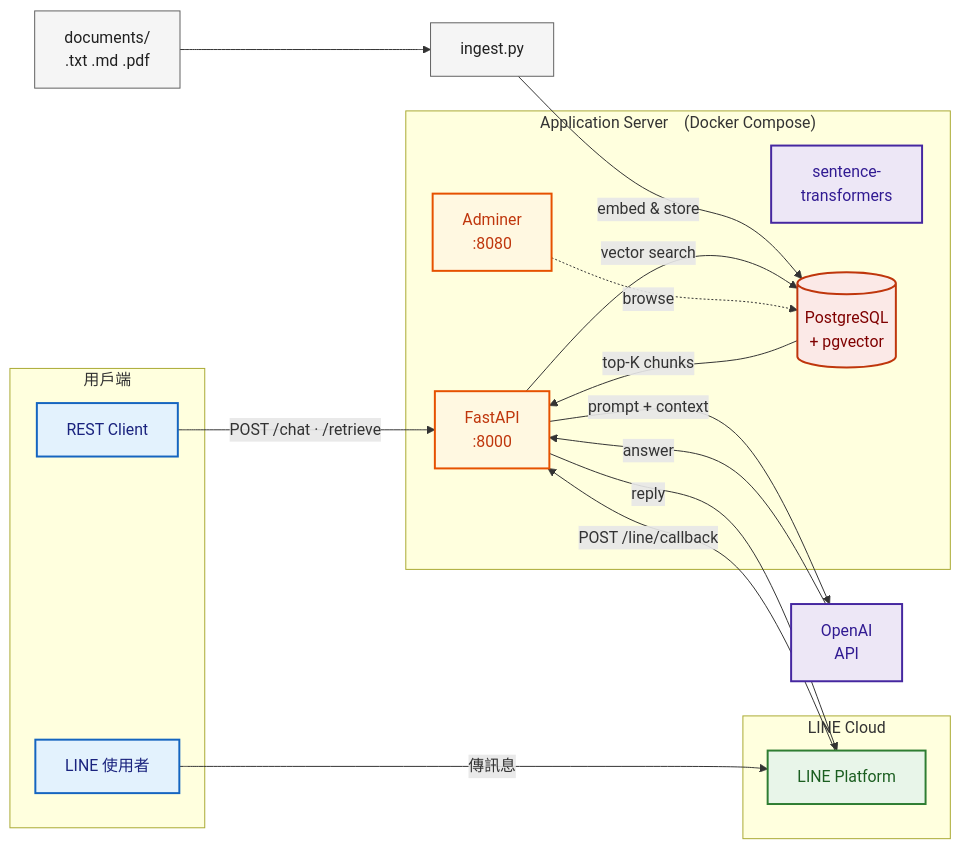
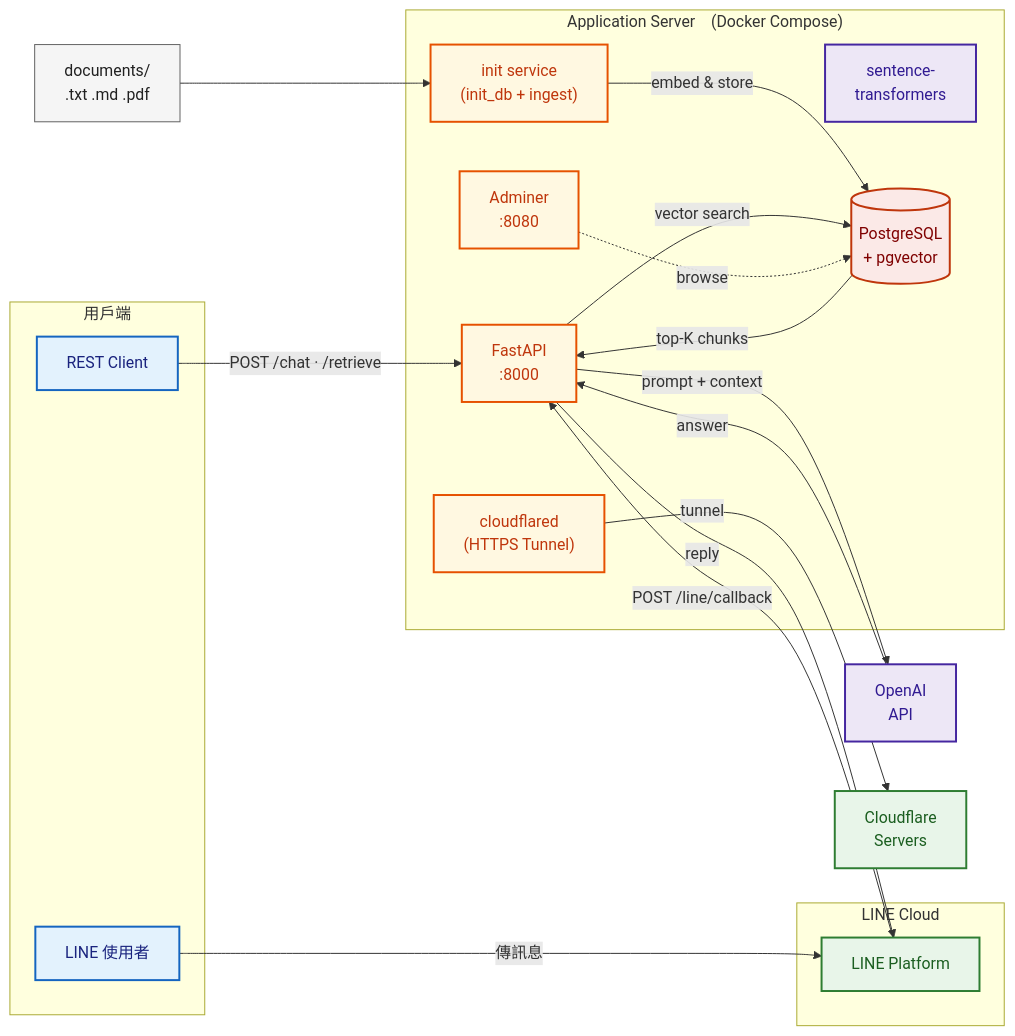
Before and after one commit to f422661/openai_chatbot: the diagram in README.md, drawn with Mermaid. The commit also changed other lines of this file and 2 other files, not shown here.

First line of the commit message:
Add Cloudflare Tunnel, init service, and update README

````diff
--- a/README.md
+++ b/README.md
@@ -7,42 +7,46 @@
 ```mermaid
 graph LR
     classDef userNode fill:#E3F2FD,stroke:#1565C0,stroke-width:2px,color:#1A237E
     classDef lineNode fill:#E8F5E9,stroke:#2E7D32,stroke-width:2px,color:#1B5E20
     classDef appNode  fill:#FFF8E1,stroke:#E65100,stroke-width:2px,color:#BF360C
     classDef dbNode   fill:#FBE9E7,stroke:#BF360C,stroke-width:2px,color:#7F0000
     classDef mlNode   fill:#EDE7F6,stroke:#4527A0,stroke-width:2px,color:#311B92
     classDef fileNode fill:#F5F5F5,stroke:#616161,stroke-width:1px,color:#212121
 
     subgraph ClientZone["用戶端"]
         U["REST Client"]:::userNode
         LU["LINE 使用者"]:::userNode
     end
 
     subgraph LineZone["LINE Cloud"]
         LP["LINE Platform"]:::lineNode
     end
 
     subgraph ServerZone["Application Server　(Docker Compose)"]
         API["FastAPI\n:8000"]:::appNode
         ST["sentence-\ntransformers"]:::mlNode
         PG[("PostgreSQL\n+ pgvector")]:::dbNode
         ADM["Adminer\n:8080"]:::appNode
+        CF["cloudflared\n(HTTPS Tunnel)"]:::appNode
+        INIT["init service\n(init_db + ingest)"]:::appNode
     end
 
     OAI["OpenAI\nAPI"]:::mlNode
+    CFS["Cloudflare\nServers"]:::lineNode
 
-    DOCS["documents/\n.txt .md .pdf"]:::fileNode --> ING["ingest.py"]:::fileNode
-    ING -->|embed & store| PG
+    DOCS["documents/\n.txt .md .pdf"]:::fileNode --> INIT
+    INIT -->|embed & store| PG
+    CF -->|tunnel| CFS
 
     U -->|"POST /chat · /retrieve"| API
     LU -->|"傳訊息"| LP
     LP -->|"POST /line/callback"| API
 
     API -->|"vector search"| PG
     PG -->|"top-K chunks"| API
     API -->|"prompt + context"| OAI
     OAI -->|"answer"| API
     API -->|"reply"| LP
 
     ADM -. "browse" .-> PG
 ```
````
